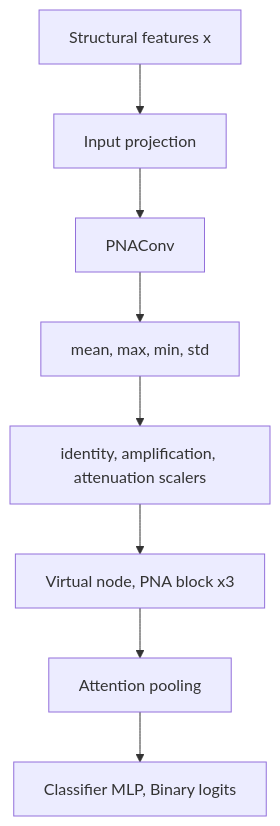
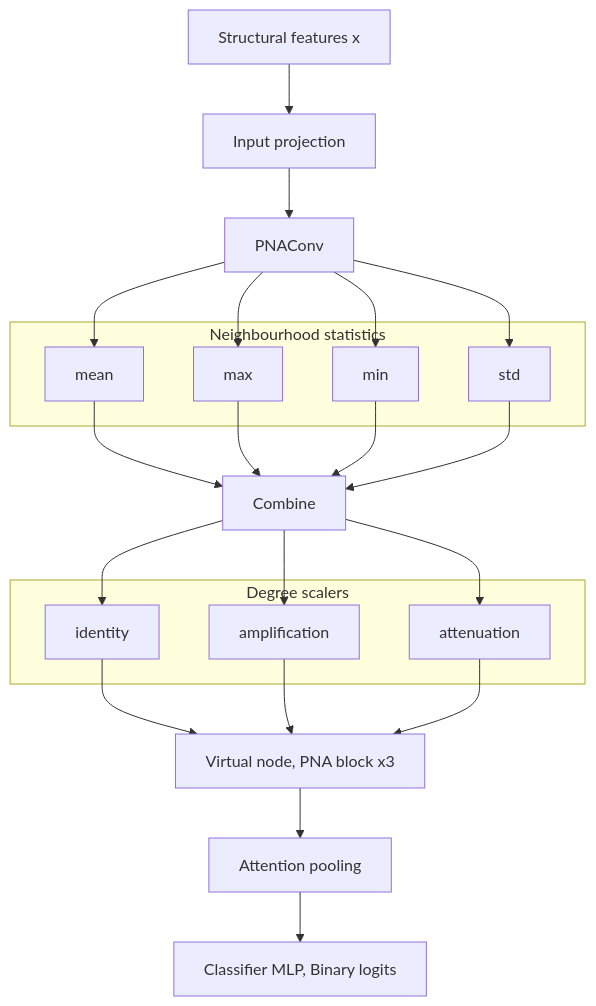
Before and after one commit to pymlex/threads-gnn: the second of 3 diagrams in README.md, drawn with Mermaid. The commit also changed other lines of this file, not shown here.

Commit message:
Restore GAT head branching and group PNA stats and scalers in subgraphs.

````diff
--- a/README.md
+++ b/README.md
@@ -279,10 +279,33 @@
 ```mermaid
 flowchart TB
     X["Structural features x"] --> Proj["Input projection"]
     Proj --> PNA["PNAConv"]
-    PNA --> Stats["mean, max, min, std"]
-    Stats --> Sc["identity, amplification, attenuation scalers"]
-    Sc --> Enc["Virtual node, PNA block x3"]
+    subgraph Agg["Neighbourhood statistics"]
+        M["mean"]
+        MX["max"]
+        MN["min"]
+        SD["std"]
+    end
+    Join["Combine"]
+    subgraph Sc["Degree scalers"]
+        Id["identity"]
+        Amp["amplification"]
+        Att["attenuation"]
+    end
+    PNA --> M
+    PNA --> MX
+    PNA --> MN
+    PNA --> SD
+    M --> Join
+    MX --> Join
+    MN --> Join
+    SD --> Join
+    Join --> Id
+    Join --> Amp
+    Join --> Att
+    Id --> Enc["Virtual node, PNA block x3"]
+    Amp --> Enc
+    Att --> Enc
     Enc --> Pool["Attention pooling"]
     Pool --> Out["Classifier MLP, Binary logits"]
 ```
````
